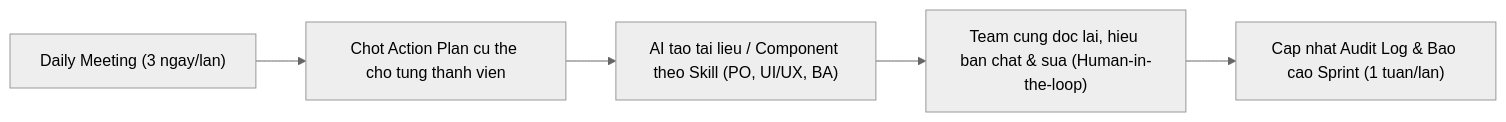
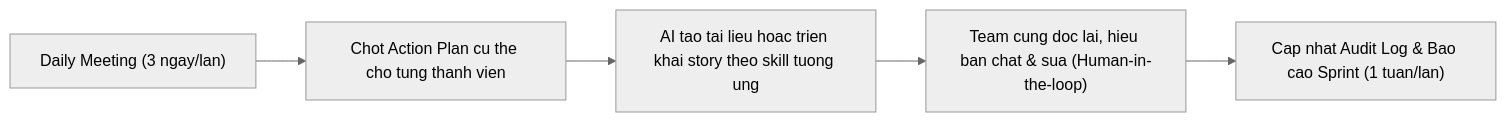
Before and after one commit to Kaioplass2k5/Vault-Myteam: the diagram in 00-ai-harness/prompts-and-reviews.md, drawn with Mermaid (neutral theme). The commit also changed other lines of this file, not shown here.

````diff
--- a/00-ai-harness/prompts-and-reviews.md
+++ b/00-ai-harness/prompts-and-reviews.md
@@ -40,7 +55,7 @@
 ```mermaid
 flowchart LR
     A["Daily Meeting (3 ngay/lan)"] --> B["Chot Action Plan cu the cho tung thanh vien"]
-    B --> C["AI tao tai lieu / Component theo Skill (PO, UI/UX, BA)"]
+    B --> C["AI tao tai lieu hoac trien khai story theo skill tuong ung"]
     C --> D["Team cung doc lai, hieu ban chat & sua (Human-in-the-loop)"]
     D --> E["Cap nhat Audit Log & Bao cao Sprint (1 tuan/lan)"]
 ```
````
